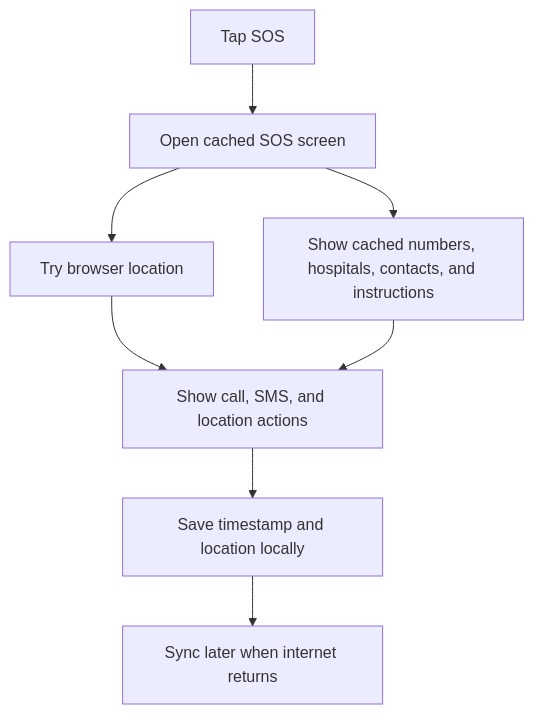
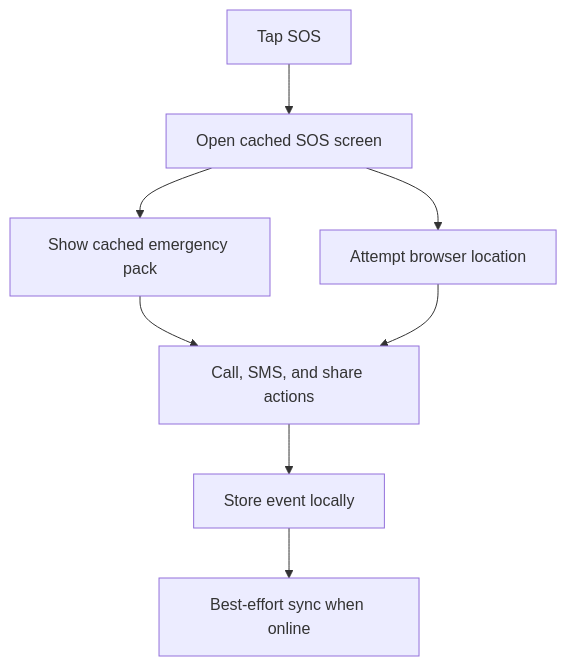
Before and after one commit to Saroj00007/yatra_ai: the third of 3 diagrams in docs/architecture.md, drawn with Mermaid. The commit also changed other lines of this file and 35 other files, not shown here.

````diff
--- a/docs/architecture.md
+++ b/docs/architecture.md
@@ -172,10 +270,10 @@
 ```mermaid
 flowchart TD
-    Open[Tap SOS] --> Screen[Open cached SOS screen]
-    Screen --> Info[Show cached numbers, hospitals, contacts, and instructions]
-    Screen --> GPS[Try browser location]
-    GPS --> Actions[Show call, SMS, and location actions]
-    Info --> Actions
-    Actions --> Local[Save timestamp and location locally]
-    Local --> Sync[Sync later when internet returns]
+    Tap[Tap SOS] --> Screen[Open cached SOS screen]
+    Screen --> Info[Show cached emergency pack]
+    Screen --> Location[Attempt browser location]
+    Info --> Actions[Call, SMS, and share actions]
+    Location --> Actions
+    Actions --> Local[Store event locally]
+    Local --> Sync[Best-effort sync when online]
 ```
````
